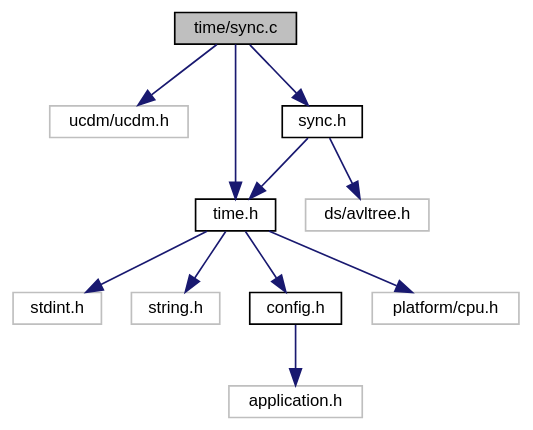
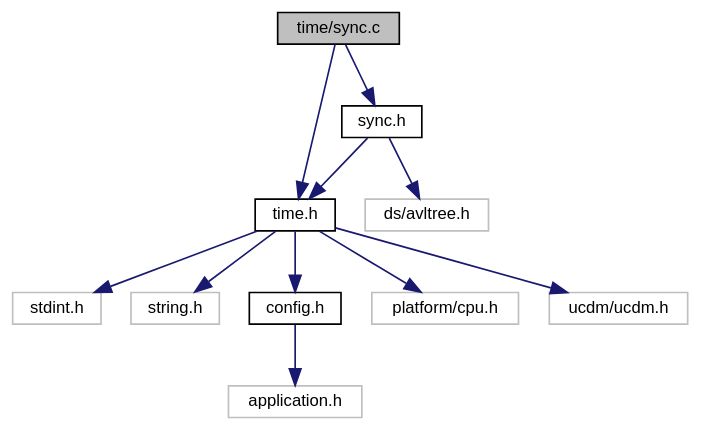
The diagram in sync_8c__incl.dot (ebs-universe/piolib-time), drawn with Graphviz before and after one commit. The commit also changed 68 other files, not shown here.

```diff
--- a/sync_8c__incl.dot
+++ b/sync_8c__incl.dot
@@ -1,28 +1,28 @@
 digraph "time/sync.c"
 {
  // INTERACTIVE_SVG=YES
  // LATEX_PDF_SIZE
   bgcolor="transparent";
   edge [fontname="Helvetica",fontsize="10",labelfontname="Helvetica",labelfontsize="10"];
   node [fontname="Helvetica",fontsize="10",shape=record];
   Node1 [label="time/sync.c",height=0.2,width=0.4,color="black", fillcolor="grey75", style="filled", fontcolor="black",tooltip="Time synchonization function implementation."];
   Node1 -> Node2 [color="midnightblue",fontsize="10",style="solid",fontname="Helvetica"];
-  Node2 [label="ucdm/ucdm.h",height=0.2,width=0.4,color="grey75",tooltip=" "];
-  Node1 -> Node3 [color="midnightblue",fontsize="10",style="solid",fontname="Helvetica"];
-  Node3 [label="time.h",height=0.2,width=0.4,color="black",URL="$time_8h.html",tooltip="Time related functions for embebedded systems."];
-  Node3 -> Node4 [color="midnightblue",fontsize="10",style="solid",fontname="Helvetica"];
-  Node4 [label="stdint.h",height=0.2,width=0.4,color="grey75",tooltip=" "];
-  Node3 -> Node5 [color="midnightblue",fontsize="10",style="solid",fontname="Helvetica"];
-  Node5 [label="string.h",height=0.2,width=0.4,color="grey75",tooltip=" "];
-  Node3 -> Node6 [color="midnightblue",fontsize="10",style="solid",fontname="Helvetica"];
-  Node6 [label="config.h",height=0.2,width=0.4,color="black",URL="$config_8h_source.html",tooltip=" "];
-  Node6 -> Node7 [color="midnightblue",fontsize="10",style="solid",fontname="Helvetica"];
-  Node7 [label="application.h",height=0.2,width=0.4,color="grey75",tooltip=" "];
-  Node3 -> Node8 [color="midnightblue",fontsize="10",style="solid",fontname="Helvetica"];
-  Node8 [label="platform/cpu.h",height=0.2,width=0.4,color="grey75",tooltip=" "];
+  Node2 [label="time.h",height=0.2,width=0.4,color="black",URL="$time_8h.html",tooltip="Time related functions for embebedded systems."];
+  Node2 -> Node3 [color="midnightblue",fontsize="10",style="solid",fontname="Helvetica"];
+  Node3 [label="stdint.h",height=0.2,width=0.4,color="grey75",tooltip=" "];
+  Node2 -> Node4 [color="midnightblue",fontsize="10",style="solid",fontname="Helvetica"];
+  Node4 [label="string.h",height=0.2,width=0.4,color="grey75",tooltip=" "];
+  Node2 -> Node5 [color="midnightblue",fontsize="10",style="solid",fontname="Helvetica"];
+  Node5 [label="config.h",height=0.2,width=0.4,color="black",URL="$config_8h_source.html",tooltip=" "];
+  Node5 -> Node6 [color="midnightblue",fontsize="10",style="solid",fontname="Helvetica"];
+  Node6 [label="application.h",height=0.2,width=0.4,color="grey75",tooltip=" "];
+  Node2 -> Node7 [color="midnightblue",fontsize="10",style="solid",fontname="Helvetica"];
+  Node7 [label="platform/cpu.h",height=0.2,width=0.4,color="grey75",tooltip=" "];
+  Node2 -> Node8 [color="midnightblue",fontsize="10",style="solid",fontname="Helvetica"];
+  Node8 [label="ucdm/ucdm.h",height=0.2,width=0.4,color="grey75",tooltip=" "];
   Node1 -> Node9 [color="midnightblue",fontsize="10",style="solid",fontname="Helvetica"];
   Node9 [label="sync.h",height=0.2,width=0.4,color="black",URL="$sync_8h.html",tooltip="Time synchonization functions for embebedded systems."];
   Node9 -> Node10 [color="midnightblue",fontsize="10",style="solid",fontname="Helvetica"];
   Node10 [label="ds/avltree.h",height=0.2,width=0.4,color="grey75",tooltip=" "];
-  Node9 -> Node3 [color="midnightblue",fontsize="10",style="solid",fontname="Helvetica"];
+  Node9 -> Node2 [color="midnightblue",fontsize="10",style="solid",fontname="Helvetica"];
 }
```
